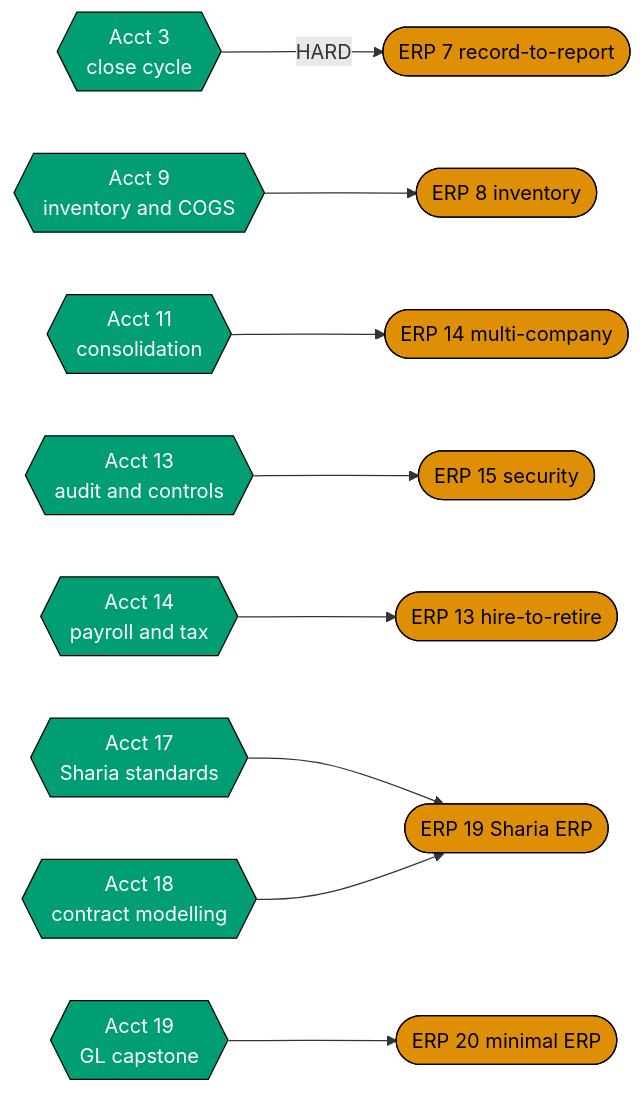
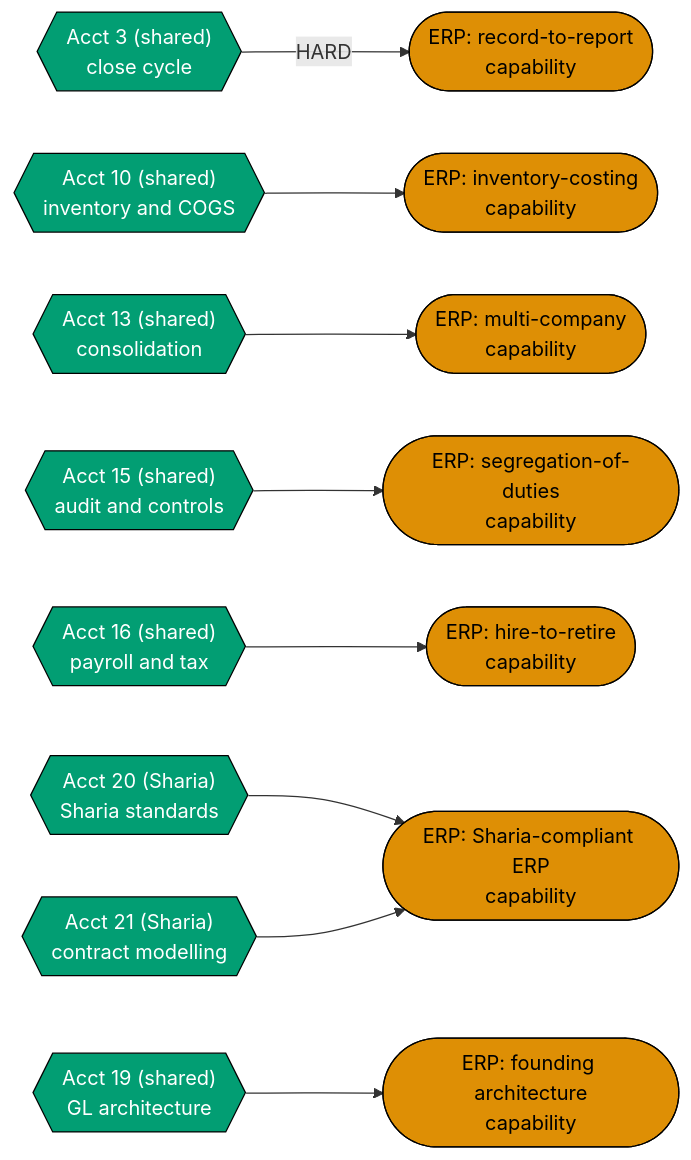
The second of 4 diagrams in plans/backlog/ayokoding-learning-path-06-skills-accounting/tech-docs.md (wahidyankf/baseerah), drawn with Mermaid before and after one commit. The commit also changed other lines of this file and 32 other files, not shown here.

First line of the commit message:
docs(plans): rewrite the accounting plan into two paths at build-founding depth

````diff
--- a/plans/backlog/ayokoding-learning-path-06-skills-accounting/tech-docs.md
+++ b/plans/backlog/ayokoding-learning-path-06-skills-accounting/tech-docs.md
@@ -187,33 +426,32 @@
 ```mermaid
-%% Outbound cross-domain edges into the ERP corpus owned by plan 07.
-%% Node SHAPE encodes plan: hexagon = this plan, stadium = plan 07.
+%% Outbound cross-domain edges into the ERP capability areas owned by plan 07. Functional names, not course numbers.
 flowchart LR
-    A3{{"Acct 3<br/>close cycle"}}:::acct
-    A9{{"Acct 9<br/>inventory and COGS"}}:::acct
-    A11{{"Acct 11<br/>consolidation"}}:::acct
-    A13{{"Acct 13<br/>audit and controls"}}:::acct
-    A14{{"Acct 14<br/>payroll and tax"}}:::acct
-    A17{{"Acct 17<br/>Sharia standards"}}:::acct
-    A18{{"Acct 18<br/>contract modelling"}}:::acct
-    A19{{"Acct 19<br/>GL capstone"}}:::acct
+    A3{{"Acct 3 (shared)<br/>close cycle"}}:::acct
+    A10c{{"Acct 10 (shared)<br/>inventory and COGS"}}:::acct
+    A13{{"Acct 13 (shared)<br/>consolidation"}}:::acct
+    A15{{"Acct 15 (shared)<br/>audit and controls"}}:::acct
+    A16{{"Acct 16 (shared)<br/>payroll and tax"}}:::acct
+    A20{{"Acct 20 (Sharia)<br/>Sharia standards"}}:::acct
+    A21{{"Acct 21 (Sharia)<br/>contract modelling"}}:::acct
+    A19{{"Acct 19 (shared)<br/>GL architecture"}}:::acct
 
-    E7(["ERP 7 record-to-report"]):::erp
-    E8(["ERP 8 inventory"]):::erp
-    E13(["ERP 13 hire-to-retire"]):::erp
-    E14(["ERP 14 multi-company"]):::erp
-    E15(["ERP 15 security"]):::erp
-    E19(["ERP 19 Sharia ERP"]):::erp
-    E20(["ERP 20 minimal ERP"]):::erp
+    ERecord(["ERP: record-to-report<br/>capability"]):::erp
+    EInv(["ERP: inventory-costing<br/>capability"]):::erp
+    EHire(["ERP: hire-to-retire<br/>capability"]):::erp
+    EMulti(["ERP: multi-company<br/>capability"]):::erp
+    ESec(["ERP: segregation-of-duties<br/>capability"]):::erp
+    ESharia(["ERP: Sharia-compliant ERP<br/>capability"]):::erp
+    EFound(["ERP: founding architecture<br/>capability"]):::erp
 
-    A3 -->|"HARD"| E7
-    A9 --> E8
-    A14 --> E13
-    A11 --> E14
-    A13 --> E15
-    A17 --> E19
-    A18 --> E19
-    A19 --> E20
+    A3 -->|"HARD"| ERecord
+    A10c --> EInv
+    A16 --> EHire
+    A13 --> EMulti
+    A15 --> ESec
+    A20 --> ESharia
+    A21 --> ESharia
+    A19 --> EFound
 
     classDef acct fill:#029E73,stroke:#000000,color:#FFFFFF
     classDef erp fill:#DE8F05,stroke:#000000,color:#000000
 ```
````
